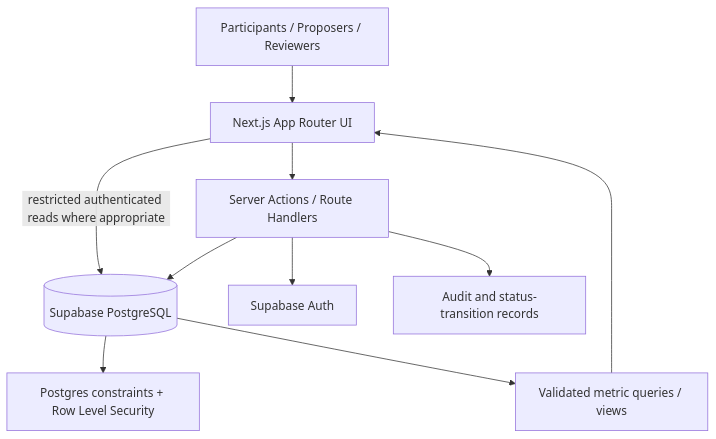
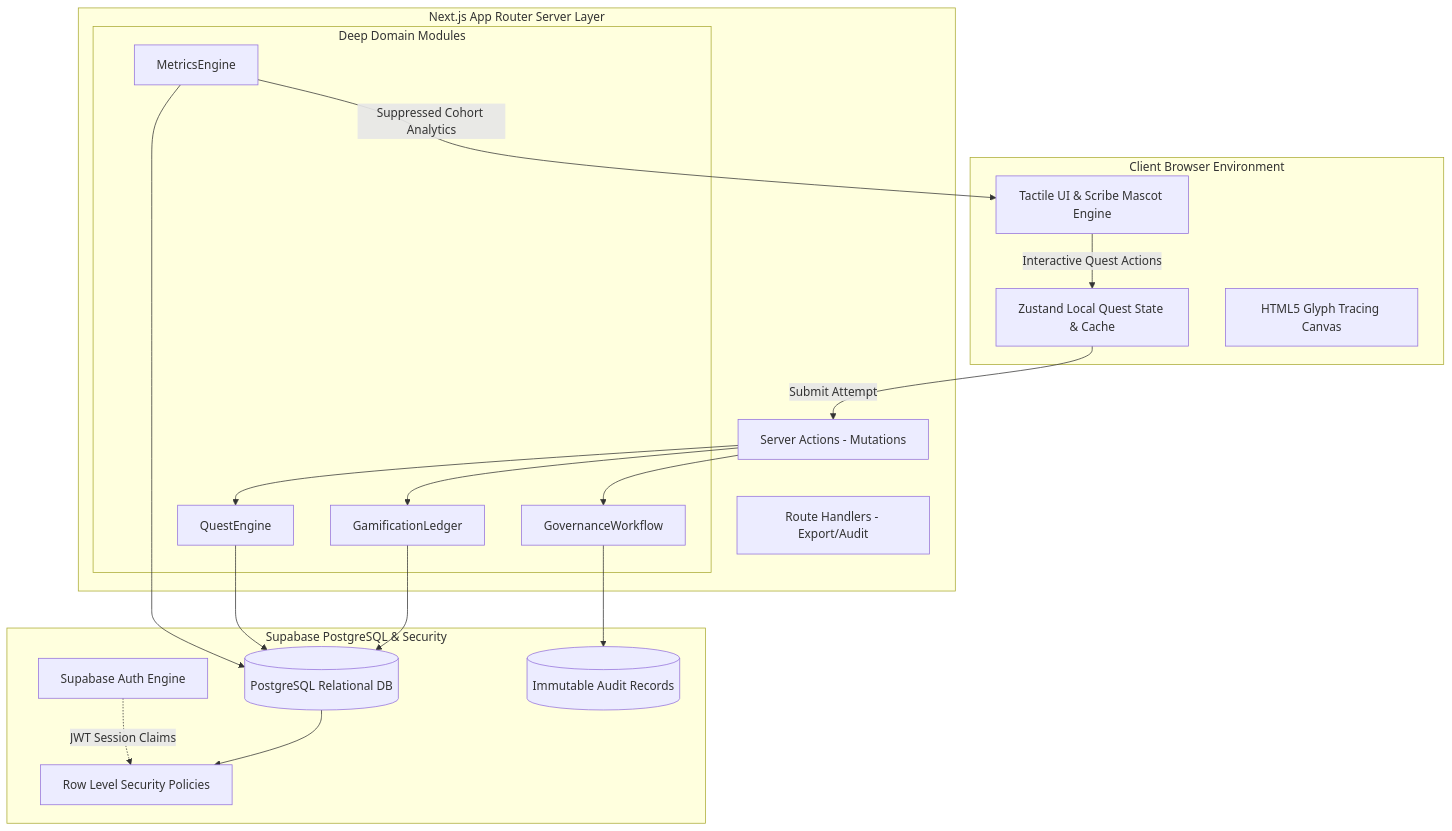
One commit to thepriyanshumishra/Lipi-Sabha changed the diagram in Docs/04-system-architecture.md. Above: the diagram before and after it, drawn with Mermaid. The commit also changed other lines of this file and 10 other files, not shown here.

Commit message:
docs: integrate Duolingo tactile design system, interactive quest engine, and deep module architecture

````diff
--- a/Docs/04-system-architecture.md
+++ b/Docs/04-system-architecture.md
@@ -23,12 +26,40 @@
 ```mermaid
 flowchart TD
-    U[Participants / Proposers / Reviewers] --> UI[Next.js App Router UI]
-    UI --> SV[Server Actions / Route Handlers]
-    UI -->|restricted authenticated reads where appropriate| DB[(Supabase PostgreSQL)]
-    SV --> AUTH[Supabase Auth]
-    SV --> DB
-    DB --> RLS[Postgres constraints + Row Level Security]
-    DB --> MET[Validated metric queries / views]
-    MET --> UI
-    SV --> LOG[Audit and status-transition records]
+    subgraph ClientBrowser [Client Browser Environment]
+        UI[Tactile UI & Scribe Mascot Engine]
+        STORE[Zustand Local Quest State & Cache]
+        CANVAS[HTML5 Glyph Tracing Canvas]
+    end
+
+    subgraph ServerLayer [Next.js App Router Server Layer]
+        SA[Server Actions - Mutations]
+        RH[Route Handlers - Export/Audit]
+        
+        subgraph DeepModules [Deep Domain Modules]
+            M_QUEST[QuestEngine]
+            M_METRICS[MetricsEngine]
+            M_GOV[GovernanceWorkflow]
+            M_GAME[GamificationLedger]
+        end
+    end
+
+    subgraph SupabaseCloud [Supabase PostgreSQL & Security]
+        AUTH[Supabase Auth Engine]
+        DB[(PostgreSQL Relational DB)]
+        RLS[Row Level Security Policies]
+        AUDIT_LOG[(Immutable Audit Records)]
+    end
+
+    UI -->|Interactive Quest Actions| STORE
+    STORE -->|Submit Attempt| SA
+    SA --> M_QUEST
+    SA --> M_GAME
+    SA --> M_GOV
+    M_QUEST --> DB
+    M_METRICS --> DB
+    M_GAME --> DB
+    M_GOV --> AUDIT_LOG
+    DB --> RLS
+    AUTH -.->|JWT Session Claims| RLS
+    M_METRICS -->|Suppressed Cohort Analytics| UI
 ```
````
